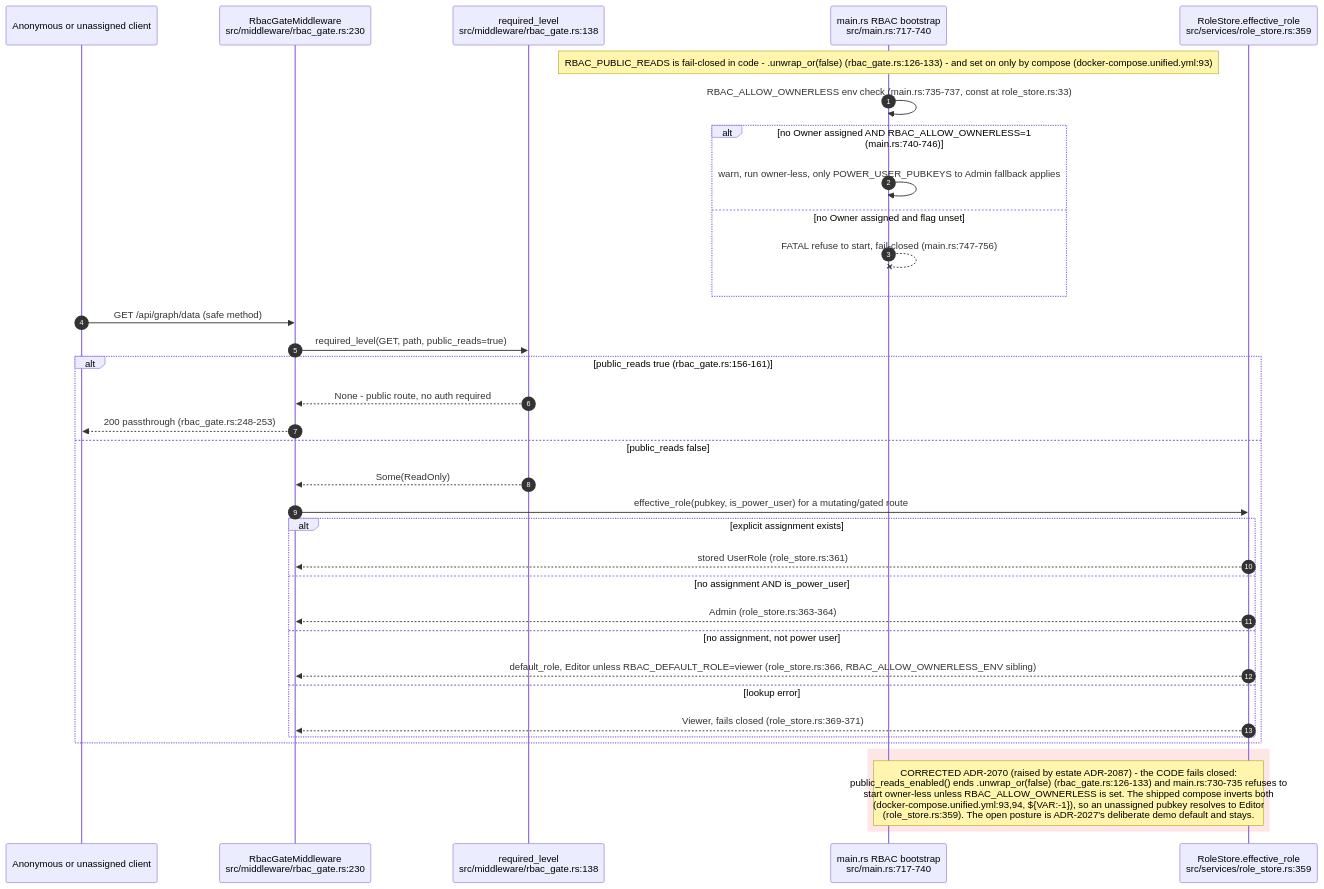
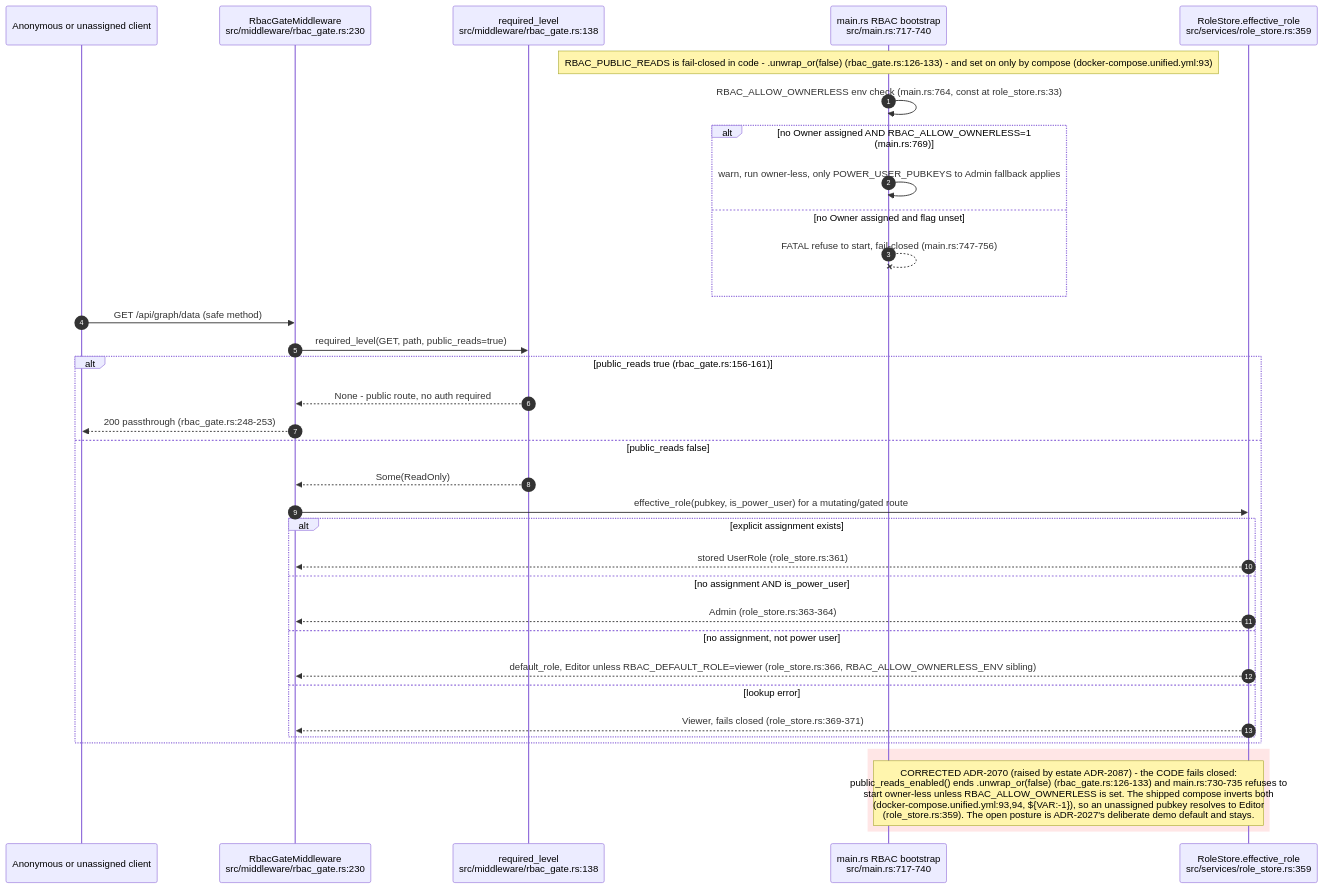
Before and after one commit to DreamLab-AI/VisionFlow: the ninth of 11 diagrams in docs/diagrams/visionclaw/22-data-authority-provenance-erasure.md, drawn with Mermaid. The commit also changed other lines of this file and 51 other files, not shown here.

First line of the commit message:
docs(diagrams): agentbox AB-01..13 re-attested anchor by anchor (980 anchors, 22 defects); checkpoint against an out-of-mesh writer

````diff
--- a/docs/diagrams/visionclaw/22-data-authority-provenance-erasure.md
+++ b/docs/diagrams/visionclaw/22-data-authority-provenance-erasure.md
@@ -375,38 +375,38 @@
 ```mermaid
 sequenceDiagram
     autonumber
     participant C as Anonymous or unassigned client
     participant GATE as RbacGateMiddleware<br/>src/middleware/rbac_gate.rs:230
     participant REQ as required_level<br/>src/middleware/rbac_gate.rs:138
     participant BOOT as main.rs RBAC bootstrap<br/>src/main.rs:717-740
     participant RS as RoleStore.effective_role<br/>src/services/role_store.rs:359
 
     Note over BOOT: RBAC_PUBLIC_READS is fail-closed in code - .unwrap_or(false) (rbac_gate.rs:126-133) - and set on only by compose (docker-compose.unified.yml:93)
-    BOOT->>BOOT: RBAC_ALLOW_OWNERLESS env check (main.rs:735-737, const at role_store.rs:33)
-    alt no Owner assigned AND RBAC_ALLOW_OWNERLESS=1 (main.rs:740-746)
+    BOOT->>BOOT: RBAC_ALLOW_OWNERLESS env check (main.rs:764, const at role_store.rs:33)
+    alt no Owner assigned AND RBAC_ALLOW_OWNERLESS=1 (main.rs:769)
         BOOT->>BOOT: warn, run owner-less, only POWER_USER_PUBKEYS to Admin fallback applies
     else no Owner assigned and flag unset
         BOOT--xBOOT: FATAL refuse to start, fail-closed (main.rs:747-756)
     end
     C->>GATE: GET /api/graph/data (safe method)
     GATE->>REQ: required_level(GET, path, public_reads=true)
     alt public_reads true (rbac_gate.rs:156-161)
         REQ-->>GATE: None - public route, no auth required
         GATE-->>C: 200 passthrough (rbac_gate.rs:248-253)
     else public_reads false
         REQ-->>GATE: Some(ReadOnly)
         GATE->>RS: effective_role(pubkey, is_power_user) for a mutating/gated route
         alt explicit assignment exists
             RS-->>GATE: stored UserRole (role_store.rs:361)
         else no assignment AND is_power_user
             RS-->>GATE: Admin (role_store.rs:363-364)
         else no assignment, not power user
             RS-->>GATE: default_role, Editor unless RBAC_DEFAULT_ROLE=viewer (role_store.rs:366, RBAC_ALLOW_OWNERLESS_ENV sibling)
         else lookup error
             RS-->>GATE: Viewer, fails closed (role_store.rs:369-371)
         end
     end
     rect rgb(255, 230, 230)
     Note over BOOT,RS: CORRECTED ADR-2070 (raised by estate ADR-2087) - the CODE fails closed:<br/>public_reads_enabled() ends .unwrap_or(false) (rbac_gate.rs:126-133) and main.rs:730-735 refuses to<br/>start owner-less unless RBAC_ALLOW_OWNERLESS is set. The shipped compose inverts both<br/>(docker-compose.unified.yml:93,94, ${VAR:-1}), so an unassigned pubkey resolves to Editor<br/>(role_store.rs:359). The open posture is ADR-2027's deliberate demo default and stays.
     end
 ```
````
